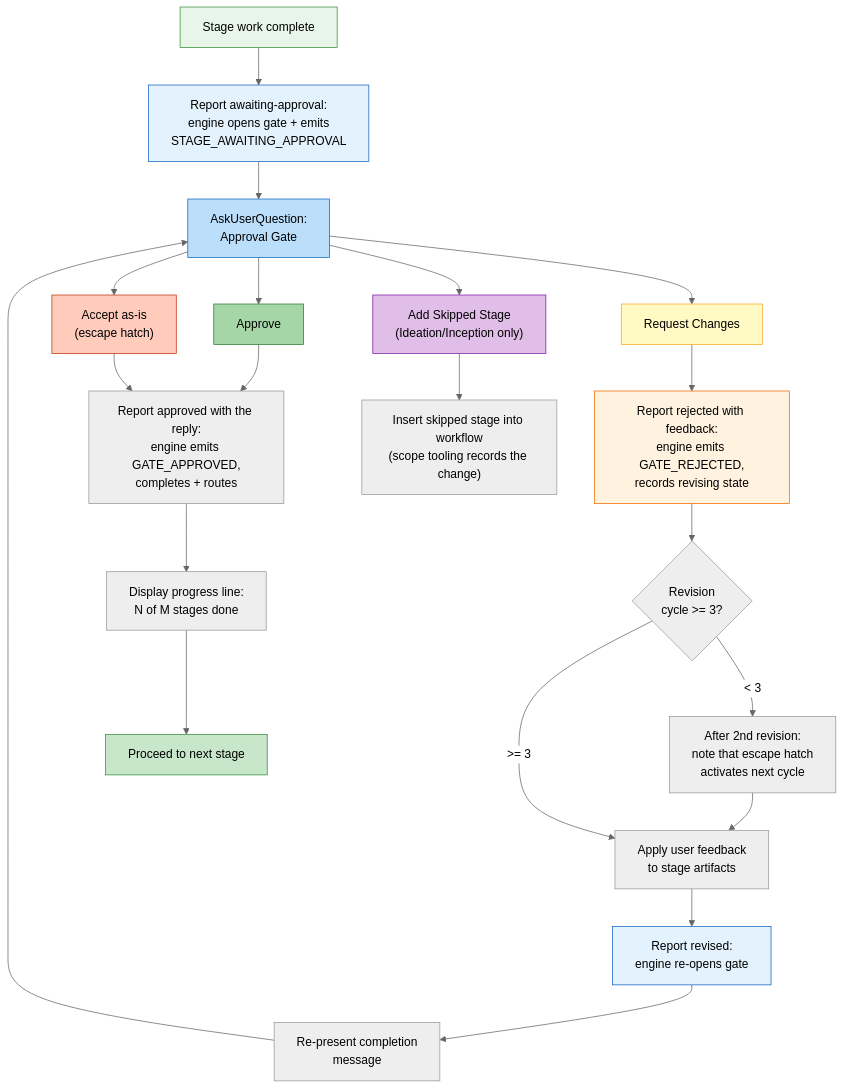
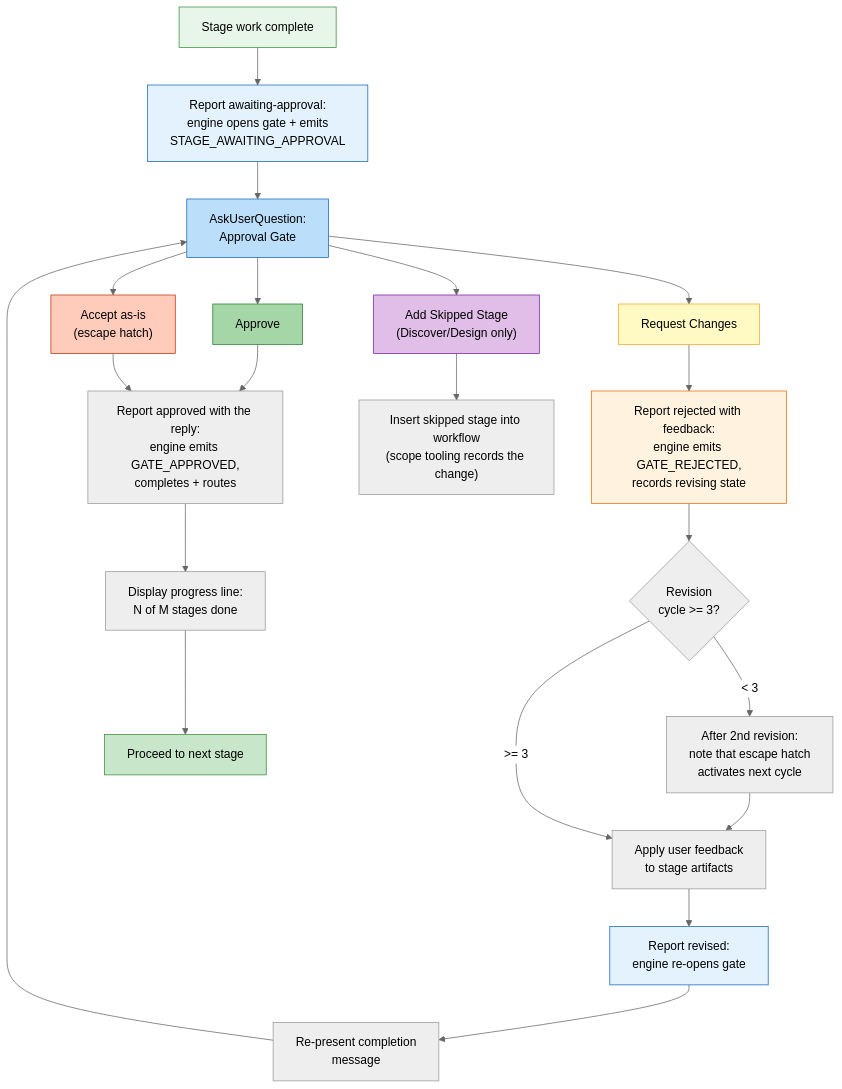
One commit to devsoftx/aidlc-workflows changed the tenth of 12 diagrams in docs/reference/diagrams.md. Above: the diagram before and after it, drawn with Mermaid (neutral theme). The commit also changed other lines of this file and 34 other files, not shown here.

````diff
--- a/docs/reference/diagrams.md
+++ b/docs/reference/diagrams.md
@@ -481,51 +498,51 @@
 ```mermaid
 flowchart TD
     COMPLETE["Stage work complete"]
     REPORT_AWAITING["Report awaiting-approval:\nengine opens gate + emits\nSTAGE_AWAITING_APPROVAL"]
     ASK["AskUserQuestion:\nApproval Gate"]
 
     APPROVE["Approve"]
     CHANGES["Request Changes"]
     ACCEPT["Accept as-is\n(escape hatch)"]
-    ADD_STAGE["Add Skipped Stage\n(Ideation/Inception only)"]
+    ADD_STAGE["Add Skipped Stage\n(Discover/Design only)"]
 
     REVISION_COUNT{"Revision\ncycle >= 3?"}
     NOTE_2ND["After 2nd revision:\nnote that escape hatch\nactivates next cycle"]
 
     REPORT_APPROVED["Report approved with the reply:\nengine emits GATE_APPROVED,\ncompletes + routes"]
     REPORT_REJECTED["Report rejected with feedback:\nengine emits GATE_REJECTED,\nrecords revising state"]
     REPORT_REVISED["Report revised:\nengine re-opens gate"]
     PROGRESS["Display progress line:\nN of M stages done"]
     NEXT_STAGE["Proceed to next stage"]
 
     REVISE["Apply user feedback\nto stage artifacts"]
     RE_PRESENT["Re-present completion\nmessage"]
 
     ADD_EXEC["Insert skipped stage into workflow\n(scope tooling records the change)"]
 
     COMPLETE --> REPORT_AWAITING --> ASK
     ASK --> APPROVE
     ASK --> CHANGES
     ASK --> ACCEPT
     ASK --> ADD_STAGE
 
     APPROVE --> REPORT_APPROVED --> PROGRESS --> NEXT_STAGE
     ACCEPT --> REPORT_APPROVED
 
     CHANGES --> REPORT_REJECTED --> REVISION_COUNT
     REVISION_COUNT -->|"< 3"| NOTE_2ND --> REVISE --> REPORT_REVISED --> RE_PRESENT --> ASK
     REVISION_COUNT -->|">= 3"| REVISE
 
     ADD_STAGE --> ADD_EXEC
 
     style COMPLETE fill:#e8f5e9,stroke:#388e3c,color:#000
     style REPORT_AWAITING fill:#e3f2fd,stroke:#1565c0,color:#000
     style ASK fill:#bbdefb,stroke:#1565c0,color:#000
     style APPROVE fill:#a5d6a7,stroke:#2e7d32,color:#000
     style CHANGES fill:#fff9c4,stroke:#f9a825,color:#000
     style REPORT_REJECTED fill:#fff3e0,stroke:#ef6c00,color:#000
     style REPORT_REVISED fill:#e3f2fd,stroke:#1565c0,color:#000
     style ACCEPT fill:#ffccbc,stroke:#bf360c,color:#000
     style ADD_STAGE fill:#e1bee7,stroke:#7b1fa2,color:#000
     style NEXT_STAGE fill:#c8e6c9,stroke:#388e3c,color:#000
 ```
````
